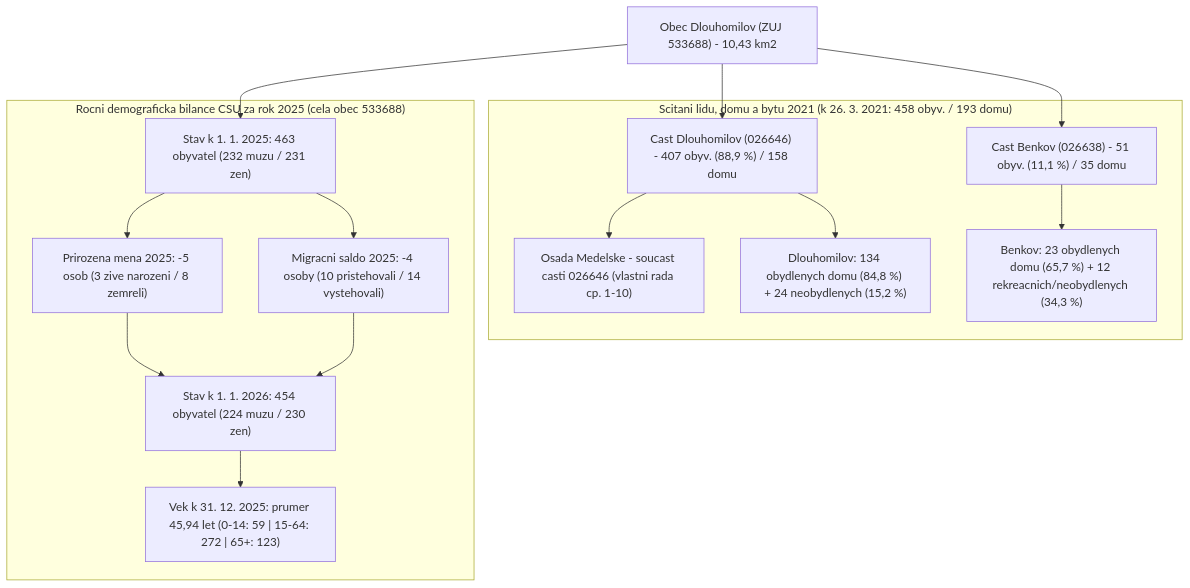
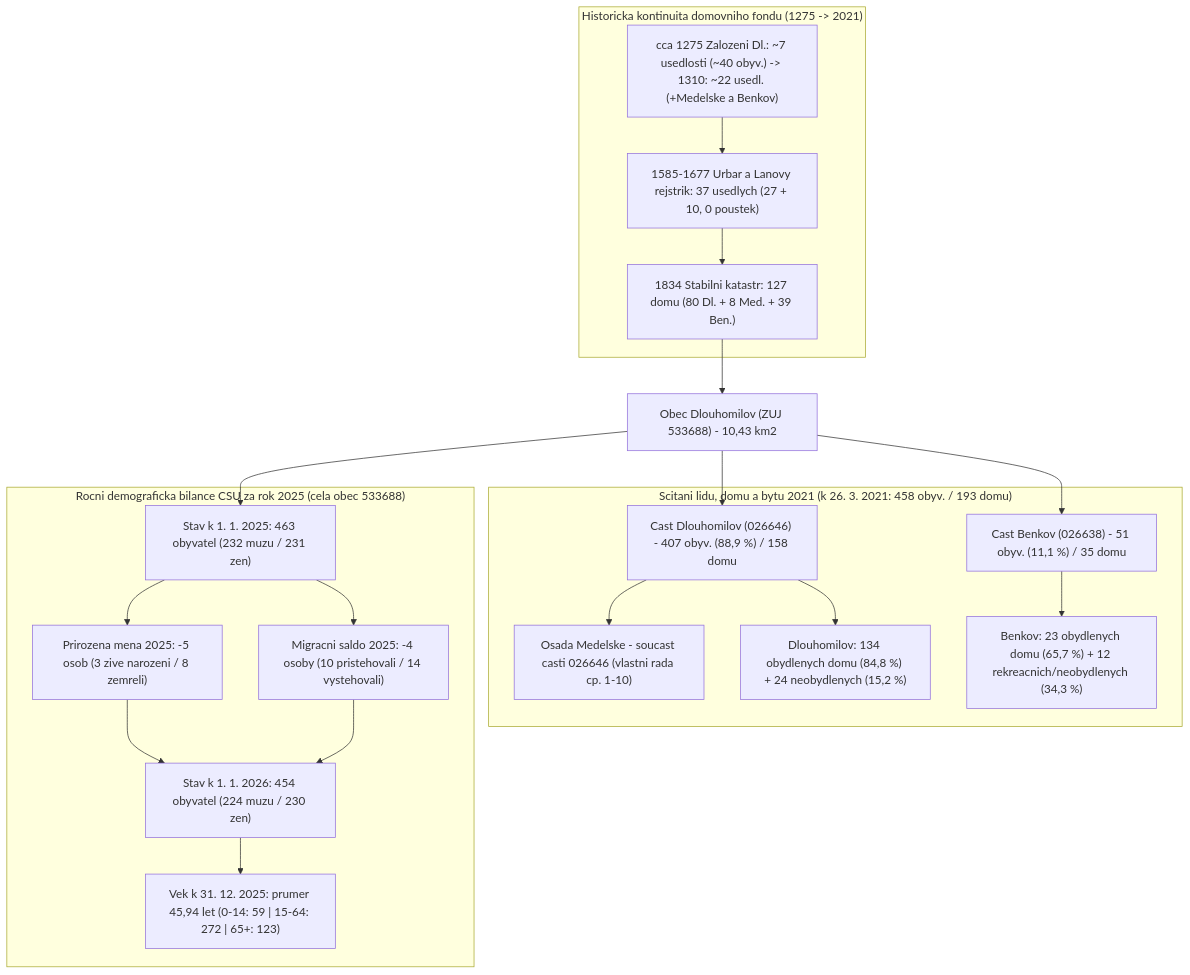
One commit to KarelBerka/Dlouhomilov changed the fifth of 5 diagrams in docs/demografie_csu_1869_2026.md. Above: the diagram before and after it, drawn with Mermaid. The commit also changed other lines of this file and 234 other files, not shown here.

````diff
--- a/docs/demografie_csu_1869_2026.md
+++ b/docs/demografie_csu_1869_2026.md
@@ -62,33 +72,40 @@
 ```mermaid
 flowchart TD
     OBEC["Obec Dlouhomilov (ZUJ 533688) - 10,43 km2"]
+
+    subgraph KORENY["Historicka kontinuita domovniho fondu (1275 -> 2021)"]
+        H1275["cca 1275 Zalozeni Dl.: ~7 usedlosti (~40 obyv.) -> 1310: ~22 usedl. (+Medelske a Benkov)"]
+        H1585["1585-1677 Urbar a Lanovy rejstrik: 37 usedlych (27 + 10, 0 poustek)"]
+        H1834["1834 Stabilni katastr: 127 domu (80 Dl. + 8 Med. + 39 Ben.)"]
+    end
 
     subgraph SLDB["Scitani lidu, domu a bytu 2021 (k 26. 3. 2021: 458 obyv. / 193 domu)"]
         DL["Cast Dlouhomilov (026646) - 407 obyv. (88,9 %) / 158 domu"]
         MED["Osada Medelske - soucast casti 026646 (vlastni rada cp. 1-10)"]
         BEN["Cast Benkov (026638) - 51 obyv. (11,1 %) / 35 domu"]
         DL_DOMY["Dlouhomilov: 134 obydlenych domu (84,8 %) + 24 neobydlenych (15,2 %)"]
         BEN_DOMY["Benkov: 23 obydlenych domu (65,7 %) + 12 rekreacnich/neobydlenych (34,3 %)"]
     end
 
     subgraph BILANCE["Rocni demograficka bilance CSU za rok 2025 (cela obec 533688)"]
         S2025["Stav k 1. 1. 2025: 463 obyvatel (232 muzu / 231 zen)"]
         PRIROZ["Prirozena mena 2025: -5 osob (3 zive narozeni / 8 zemreli)"]
         MIGRACE["Migracni saldo 2025: -4 osoby (10 pristehovali / 14 vystehovali)"]
         S2026["Stav k 1. 1. 2026: 454 obyvatel (224 muzu / 230 zen)"]
         VEK["Vek k 31. 12. 2025: prumer 45,94 let (0-14: 59 | 15-64: 272 | 65+: 123)"]
     end
 
+    H1275 --> H1585 --> H1834 --> OBEC
     OBEC --> DL
     OBEC --> BEN
     DL --> MED
     DL --> DL_DOMY
     BEN --> BEN_DOMY
 
     OBEC --> S2025
     S2025 --> PRIROZ
     S2025 --> MIGRACE
     PRIROZ --> S2026
     MIGRACE --> S2026
     S2026 --> VEK
 ```
````
